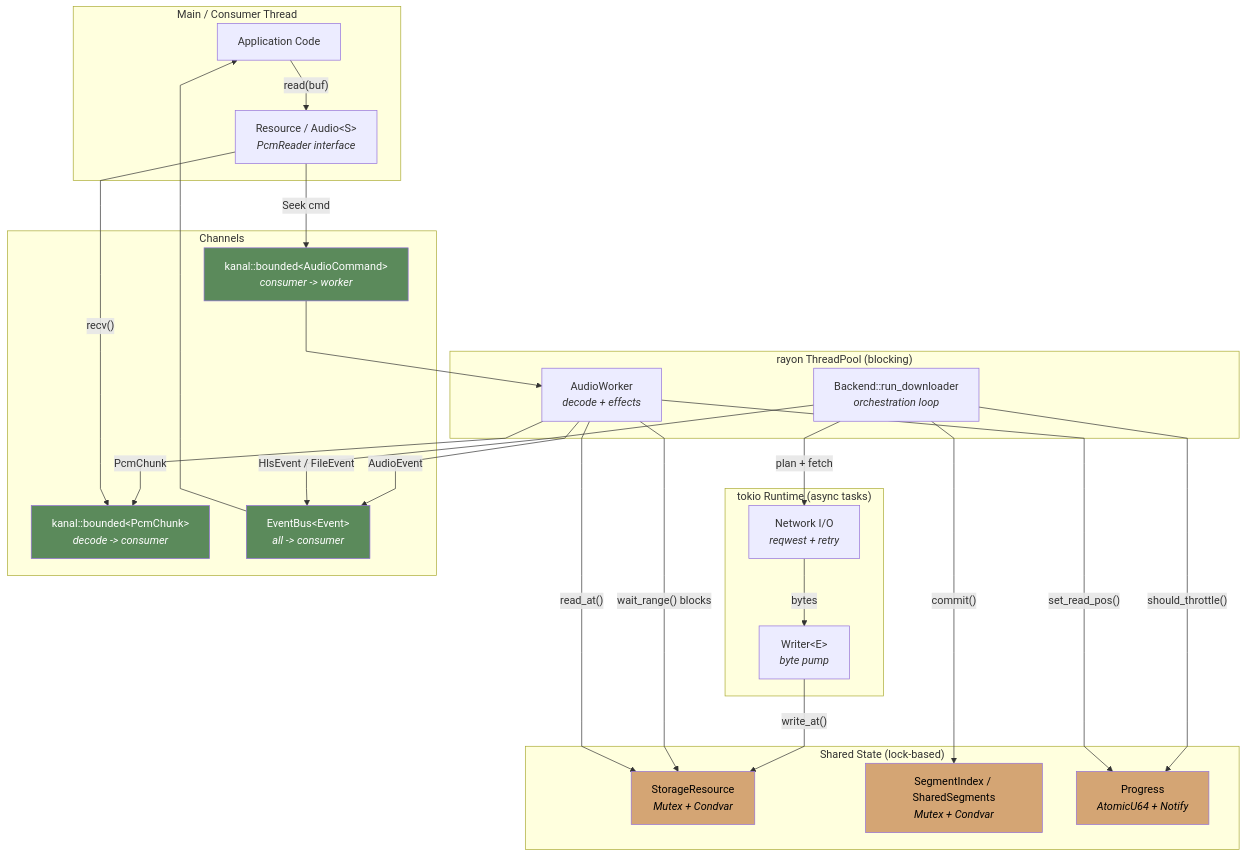
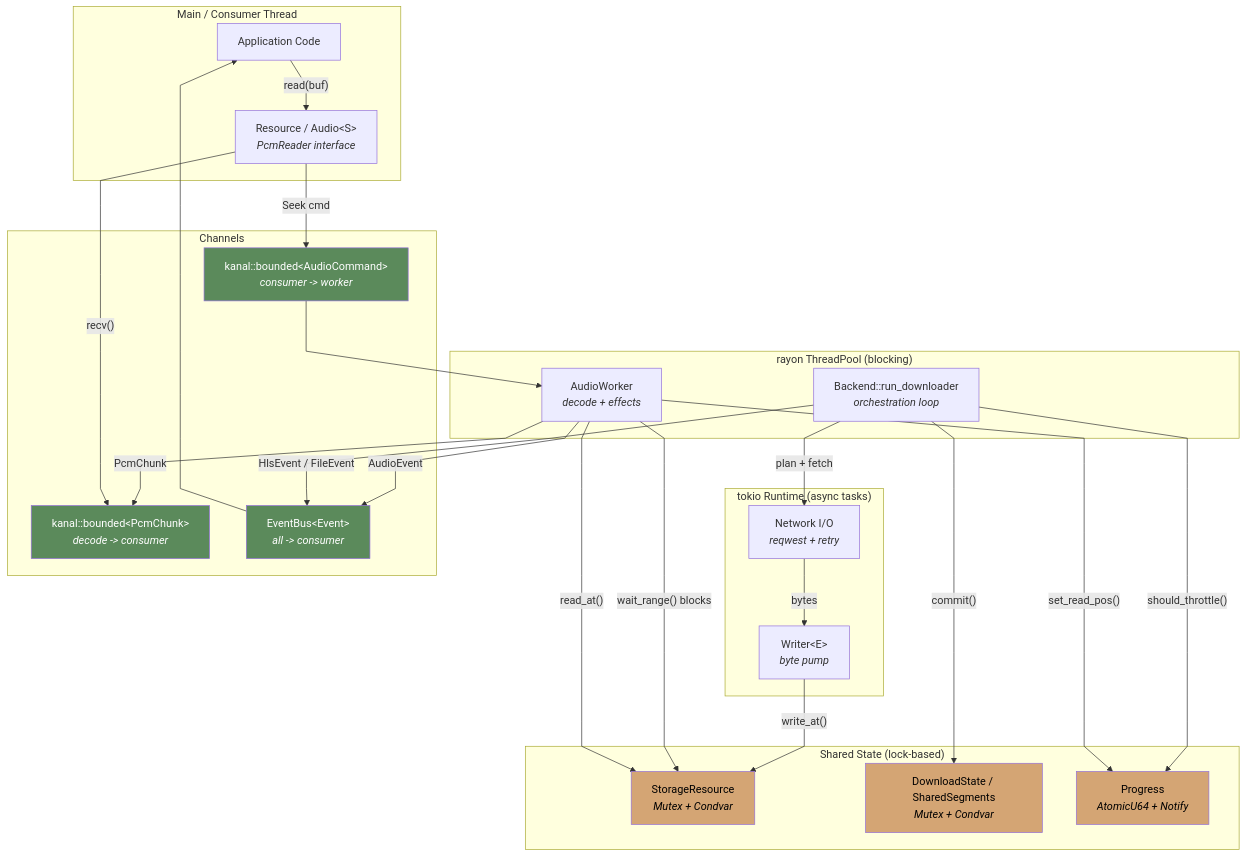
Before and after one commit to zvuk/kithara: the first of 2 diagrams in crates/kithara-audio/README.md, drawn with Mermaid. The commit also changed 3 other files, not shown here.

First line of the commit message:
Fix stale type names and wrong decorator order in diagrams

````diff
--- a/crates/kithara-audio/README.md
+++ b/crates/kithara-audio/README.md
@@ -40,58 +40,58 @@
 ```mermaid
 %%{init: {"flowchart": {"curve": "linear"}} }%%
 graph TB
     subgraph "Main / Consumer Thread"
         App["Application Code"]
         Resource["Resource / Audio&lt;S&gt;<br/><i>PcmReader interface</i>"]
         App -- "read(buf)" --> Resource
     end
 
     subgraph "tokio Runtime (async tasks)"
         NetTask["Network I/O<br/><i>reqwest + retry</i>"]
         WriterTask["Writer&lt;E&gt;<br/><i>byte pump</i>"]
     end
 
     subgraph "rayon ThreadPool (blocking)"
         DLLoop["Backend::run_downloader<br/><i>orchestration loop</i>"]
         DecodeWorker["AudioWorker<br/><i>decode + effects</i>"]
     end
 
     subgraph "Shared State (lock-based)"
         StorageRes["StorageResource<br/><i>Mutex + Condvar</i>"]
-        SegIdx["SegmentIndex / SharedSegments<br/><i>Mutex + Condvar</i>"]
+        SegIdx["DownloadState / SharedSegments<br/><i>Mutex + Condvar</i>"]
         Progress["Progress<br/><i>AtomicU64 + Notify</i>"]
     end
 
     subgraph "Channels"
         PcmChan["kanal::bounded&lt;PcmChunk&gt;<br/><i>decode -> consumer</i>"]
         CmdChan["kanal::bounded&lt;AudioCommand&gt;<br/><i>consumer -> worker</i>"]
         EventChan["EventBus&lt;Event&gt;<br/><i>all -> consumer</i>"]
     end
 
     DLLoop -- "plan + fetch" --> NetTask
     NetTask -- "bytes" --> WriterTask
     WriterTask -- "write_at()" --> StorageRes
     DLLoop -- "commit()" --> SegIdx
 
     DecodeWorker -- "wait_range() blocks" --> StorageRes
     DecodeWorker -- "read_at()" --> StorageRes
     DecodeWorker -- "PcmChunk" --> PcmChan
     Resource -- "recv()" --> PcmChan
 
     Resource -- "Seek cmd" --> CmdChan
     CmdChan --> DecodeWorker
 
     DecodeWorker -- "AudioEvent" --> EventChan
     DLLoop -- "HlsEvent / FileEvent" --> EventChan
     EventChan --> App
 
     DLLoop -- "should_throttle()" --> Progress
     DecodeWorker -- "set_read_pos()" --> Progress
 
     style StorageRes fill:#d4a574,color:#000
     style SegIdx fill:#d4a574,color:#000
     style Progress fill:#d4a574,color:#000
     style PcmChan fill:#5b8a5b,color:#fff
     style CmdChan fill:#5b8a5b,color:#fff
     style EventChan fill:#5b8a5b,color:#fff
 ```
````
